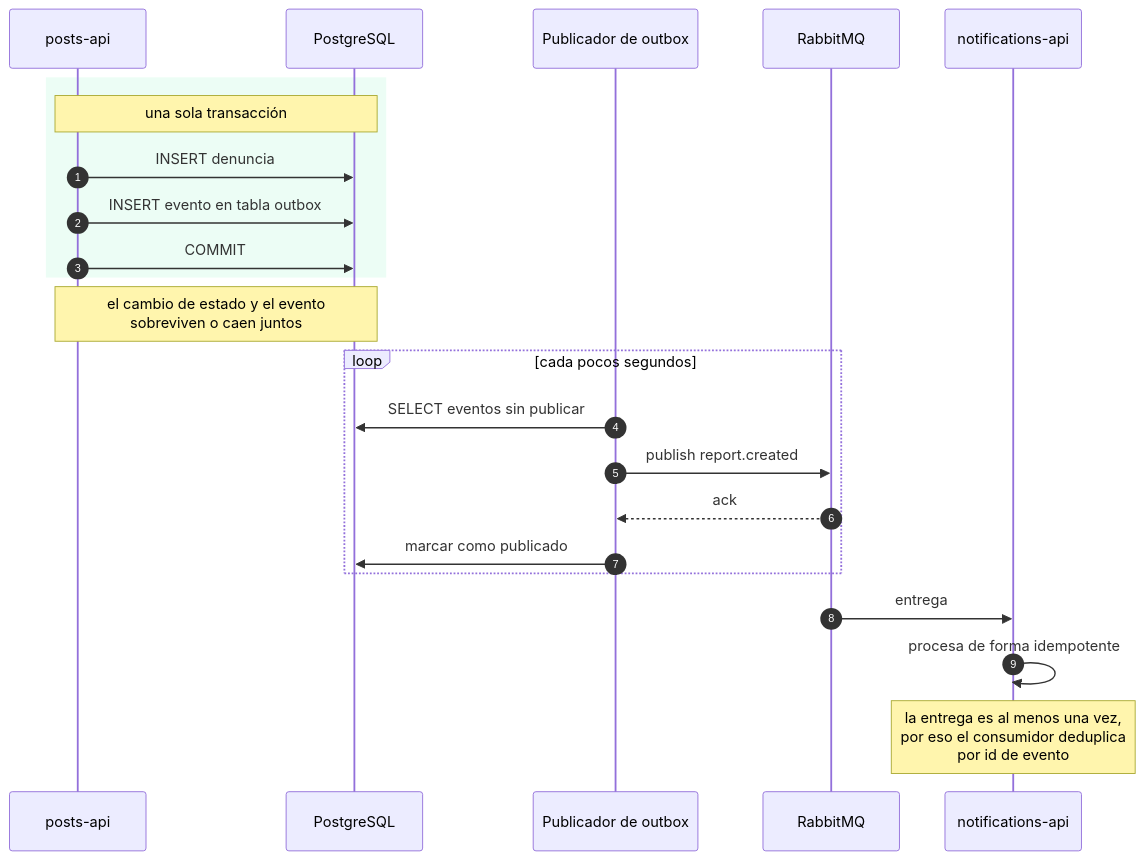
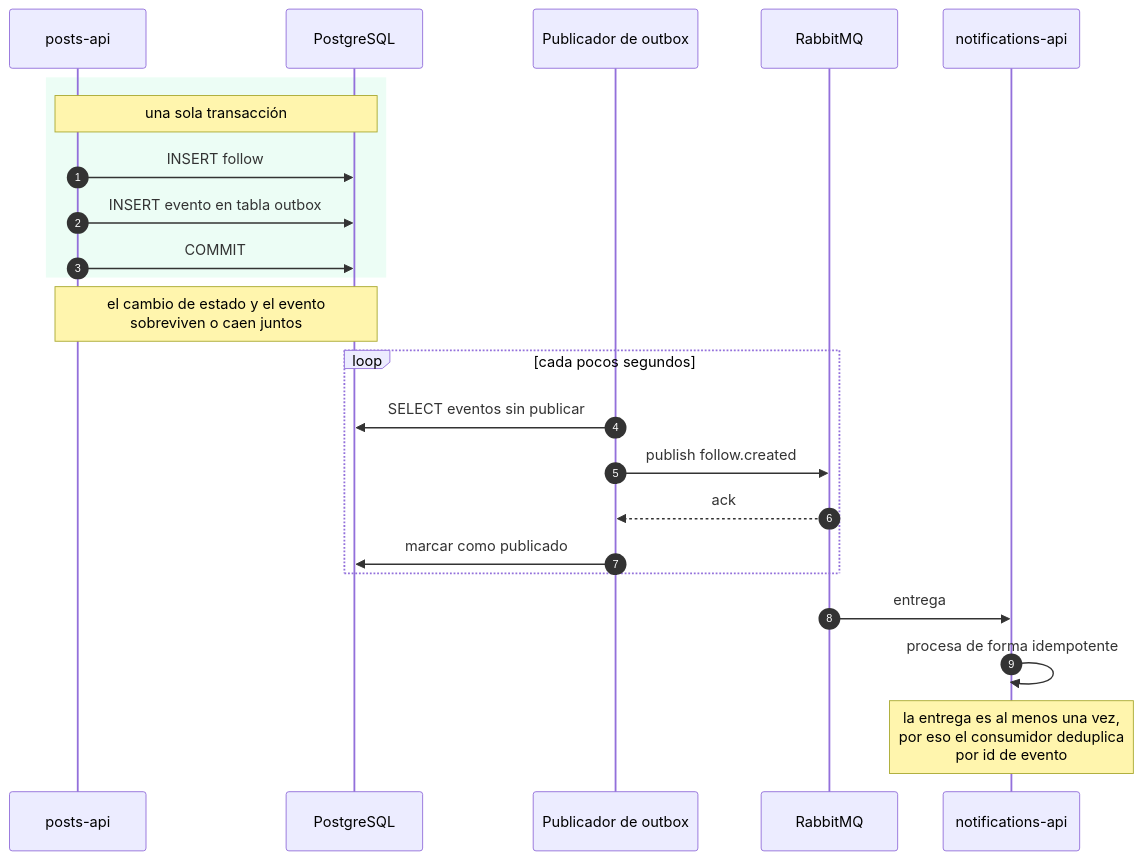
One commit to tds-g3-2s2026/udesa-x-platform changed the fourth of 6 diagrams in docs/ARQUITECTURA.md. Above: the diagram before and after it, drawn with Mermaid. The commit also changed other lines of this file and 3 other files, not shown here.

````diff
--- a/docs/ARQUITECTURA.md
+++ b/docs/ARQUITECTURA.md
@@ -613,26 +600,26 @@
 ```mermaid
 sequenceDiagram
     autonumber
     participant API as posts-api
     participant DB as PostgreSQL
     participant REL as Publicador de outbox
     participant MQ as RabbitMQ
     participant CON as notifications-api
 
     rect rgb(236, 253, 245)
     Note over API,DB: una sola transacción
-    API->>DB: INSERT denuncia
+    API->>DB: INSERT follow
     API->>DB: INSERT evento en tabla outbox
     API->>DB: COMMIT
     end
     Note over API,DB: el cambio de estado y el evento<br/>sobreviven o caen juntos
     loop cada pocos segundos
         REL->>DB: SELECT eventos sin publicar
-        REL->>MQ: publish report.created
+        REL->>MQ: publish follow.created
         MQ-->>REL: ack
         REL->>DB: marcar como publicado
     end
     MQ->>CON: entrega
     CON->>CON: procesa de forma idempotente
     Note over CON: la entrega es al menos una vez,<br/>por eso el consumidor deduplica<br/>por id de evento
 ```
````
